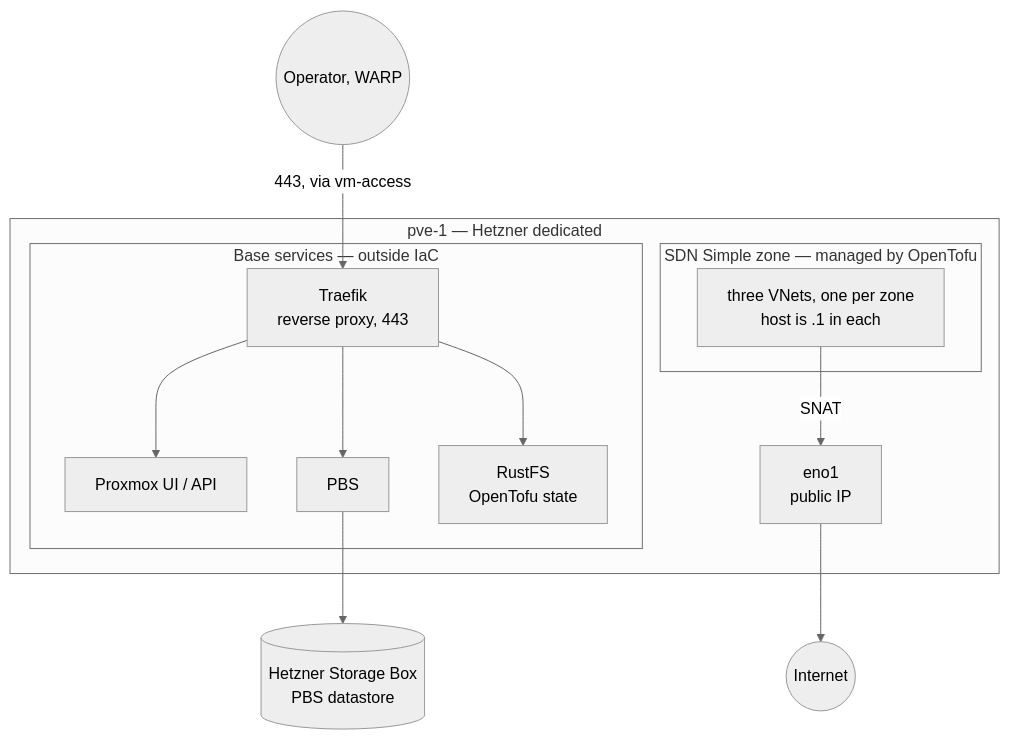
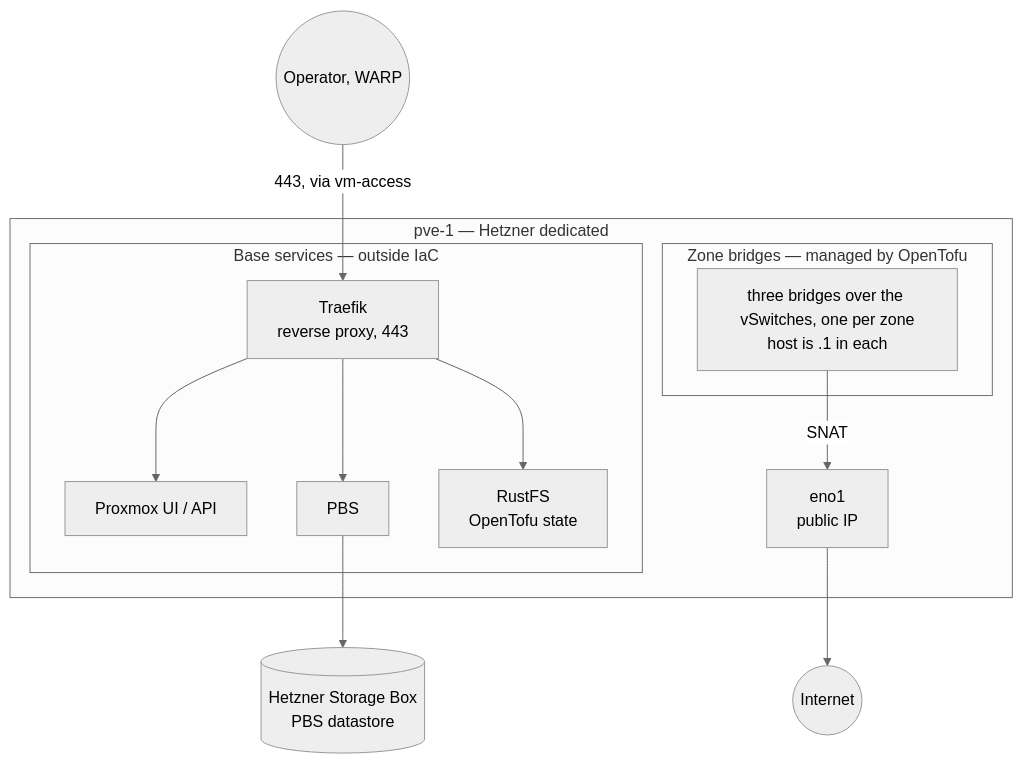
Before and after one commit to 0xc0-labs/infrastructure: the first of 7 diagrams in docs/architecture.md, drawn with Mermaid (neutral theme). The commit also changed other lines of this file and 22 other files, not shown here.

First line of the commit message:
feat(tofu)!: zones over vswitches, every guest at MTU 1400 (#289)

````diff
--- a/docs/architecture.md
+++ b/docs/architecture.md
@@ -28,28 +28,28 @@
 ```mermaid
 flowchart TB
   internet(("Internet"))
 
   subgraph host["pve-1 — Hetzner dedicated"]
     eno1["eno1<br/>public IP"]
 
     subgraph base["Base services — outside IaC"]
       traefik["Traefik<br/>reverse proxy, 443"]
       pveui["Proxmox UI / API"]
       pbs["PBS"]
       rustfs["RustFS<br/>OpenTofu state"]
     end
 
-    subgraph sdn["SDN Simple zone — managed by OpenTofu"]
-      zones["three VNets, one per zone<br/>host is .1 in each"]
+    subgraph bridges["Zone bridges — managed by OpenTofu"]
+      zones["three bridges over the vSwitches, one per zone<br/>host is .1 in each"]
     end
   end
 
   sbox[("Hetzner Storage Box<br/>PBS datastore")]
 
   operator(("Operator, WARP")) -- "443, via vm-access" --> traefik
   traefik --> pveui
   traefik --> pbs
   traefik --> rustfs
   pbs --> sbox
   zones -- "SNAT" --> eno1 --> internet
 ```
````
